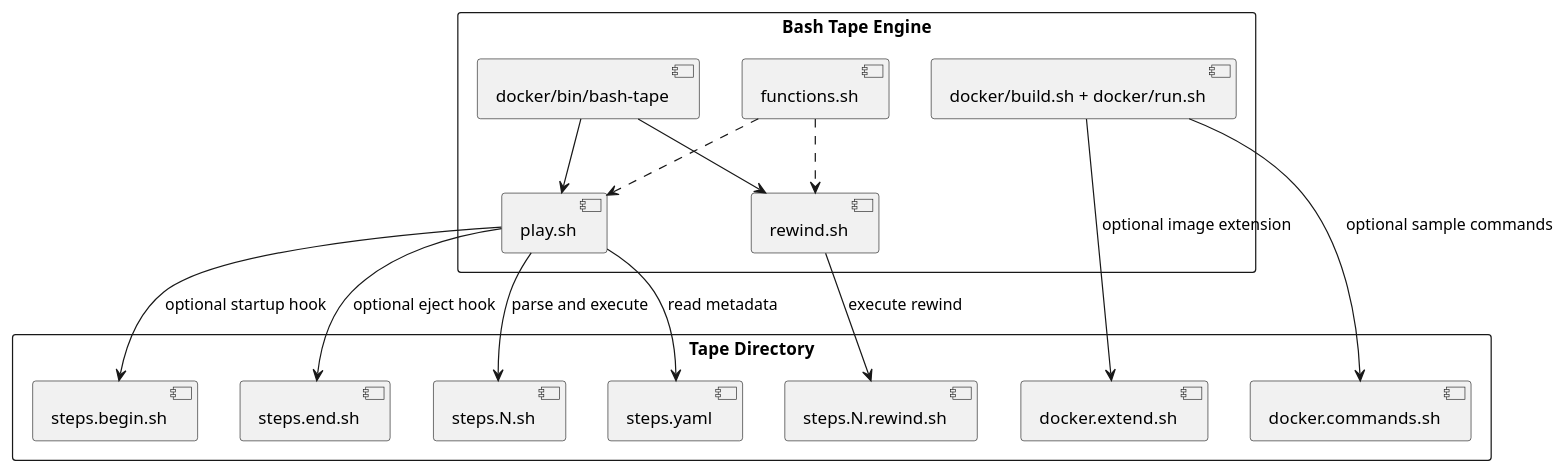
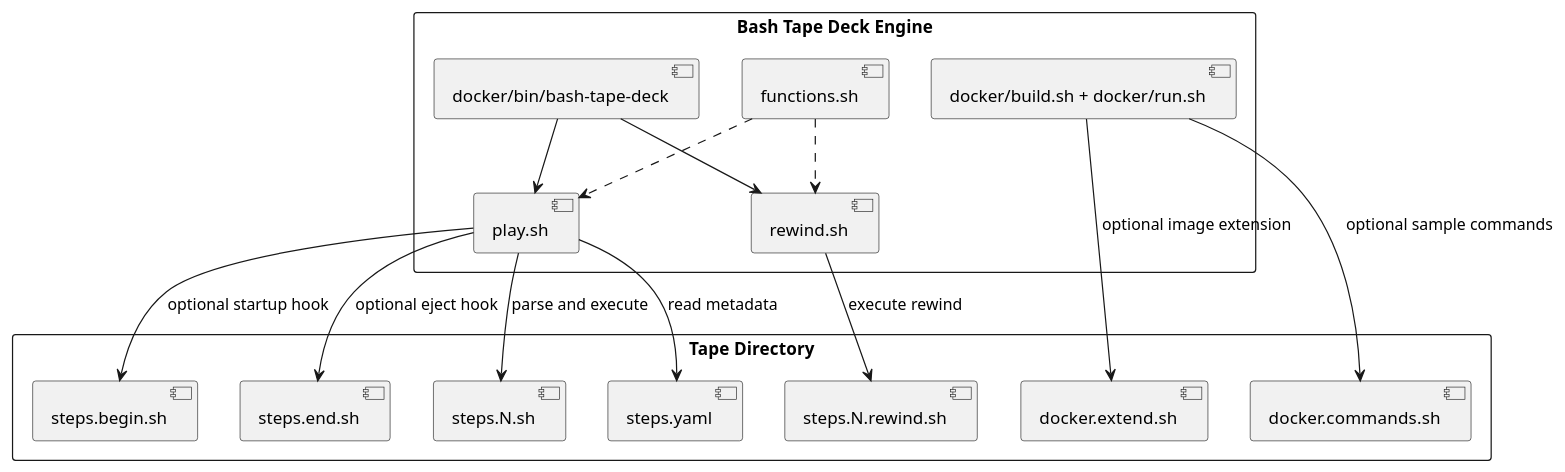
One commit to paulojeronimo/bash-tape-deck changed the diagram in diagrams/architecture-components.puml. Above: the diagram before and after it, drawn with PlantUML. The commit also changed 23 other files, not shown here.

```diff
--- a/diagrams/architecture-components.puml
+++ b/diagrams/architecture-components.puml
@@ -1,35 +1,35 @@
 @startuml
 skinparam monochrome true
 skinparam shadowing false
 skinparam packageStyle rectangle
 
-package "Bash Tape Engine" {
+package "Bash Tape Deck Engine" {
   [play.sh]
   [rewind.sh]
   [functions.sh]
   [docker/build.sh + docker/run.sh]
-  [docker/bin/bash-tape]
+  [docker/bin/bash-tape-deck]
 }
 
 package "Tape Directory" {
   [steps.N.sh]
   [steps.N.rewind.sh]
   [steps.yaml]
   [steps.begin.sh]
   [steps.end.sh]
   [docker.extend.sh]
   [docker.commands.sh]
 }
 
 [play.sh] --> [steps.N.sh] : parse and execute
 [play.sh] --> [steps.yaml] : read metadata
 [play.sh] --> [steps.begin.sh] : optional startup hook
 [play.sh] --> [steps.end.sh] : optional eject hook
 [rewind.sh] --> [steps.N.rewind.sh] : execute rewind
 [docker/build.sh + docker/run.sh] --> [docker.extend.sh] : optional image extension
 [docker/build.sh + docker/run.sh] --> [docker.commands.sh] : optional sample commands
-[docker/bin/bash-tape] --> [play.sh]
-[docker/bin/bash-tape] --> [rewind.sh]
+[docker/bin/bash-tape-deck] --> [play.sh]
+[docker/bin/bash-tape-deck] --> [rewind.sh]
 [functions.sh] ..> [play.sh]
 [functions.sh] ..> [rewind.sh]
 @enduml
```
